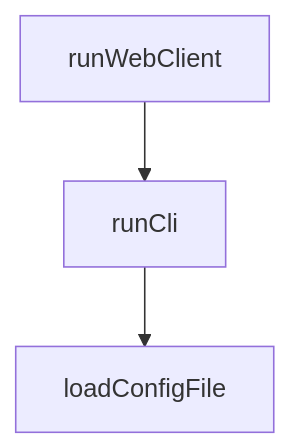
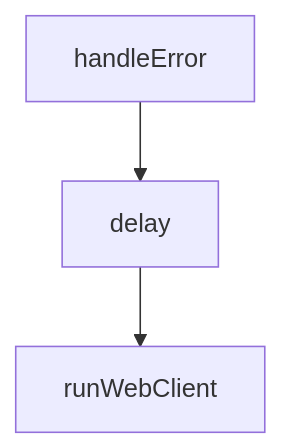
The diagram in tutorials/mcp-inspector-tutorial/06-configuration-timeouts-and-runtime-tuning.md (johnxie/awesome-code-docs), drawn with Mermaid before and after one commit. The commit also changed other lines of this file and 1232 other files, not shown here.

````diff
--- a/tutorials/mcp-inspector-tutorial/06-configuration-timeouts-and-runtime-tuning.md
+++ b/tutorials/mcp-inspector-tutorial/06-configuration-timeouts-and-runtime-tuning.md
@@ -178,8 +176,8 @@
 ```mermaid
 flowchart TD
-    A[runWebClient]
-    B[runCli]
-    C[loadConfigFile]
+    A[handleError]
+    B[delay]
+    C[runWebClient]
     A --> B
     B --> C
 ```
````
